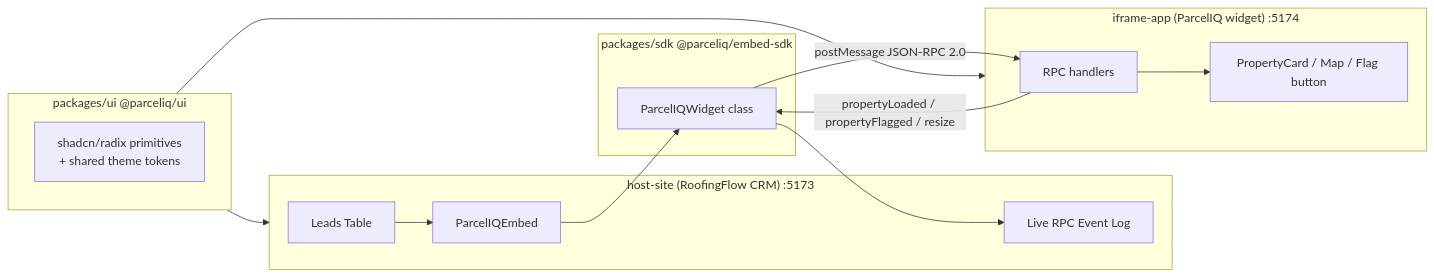
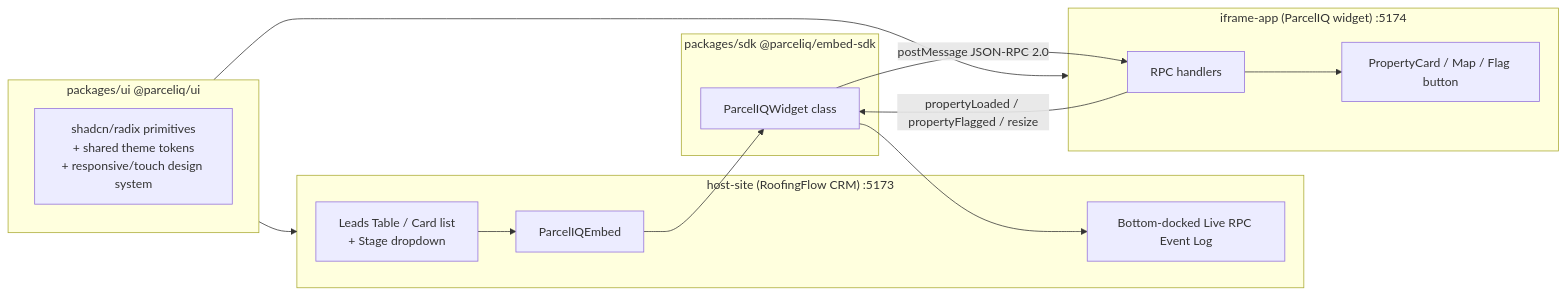
One commit to JCWoodworker/PropertyRadarPractice changed the diagram in README.md. Above: the diagram before and after it, drawn with Mermaid. The commit also changed other lines of this file and 38 other files, not shown here.

````diff
--- a/README.md
+++ b/README.md
@@ -29,29 +30,29 @@
 ```mermaid
 flowchart LR
     subgraph uiPkg ["packages/ui  @parceliq/ui"]
-        Primitives["shadcn/radix primitives\n+ shared theme tokens"]
+        Primitives["shadcn/radix primitives\n+ shared theme tokens\n+ responsive/touch design system"]
     end
 
     subgraph hostSite ["host-site (RoofingFlow CRM) :5173"]
-        LeadsList["Leads Table"]
+        LeadsList["Leads Table / Card list\n+ Stage dropdown"]
         SDKReactWrapper["ParcelIQEmbed"]
-        EventLog["Live RPC Event Log"]
+        EventLog["Bottom-docked Live RPC Event Log"]
     end
 
     subgraph sdkPkg ["packages/sdk  @parceliq/embed-sdk"]
         WidgetClass["ParcelIQWidget class"]
     end
 
     subgraph iframeApp ["iframe-app (ParcelIQ widget) :5174"]
         Handlers["RPC handlers"]
         UI["PropertyCard / Map / Flag button"]
     end
 
     uiPkg --> hostSite
     uiPkg --> iframeApp
     LeadsList --> SDKReactWrapper --> WidgetClass
     WidgetClass -- "postMessage JSON-RPC 2.0" --> Handlers
     Handlers -- "propertyLoaded / propertyFlagged / resize" --> WidgetClass
     WidgetClass --> EventLog
     Handlers --> UI
 ```
````
